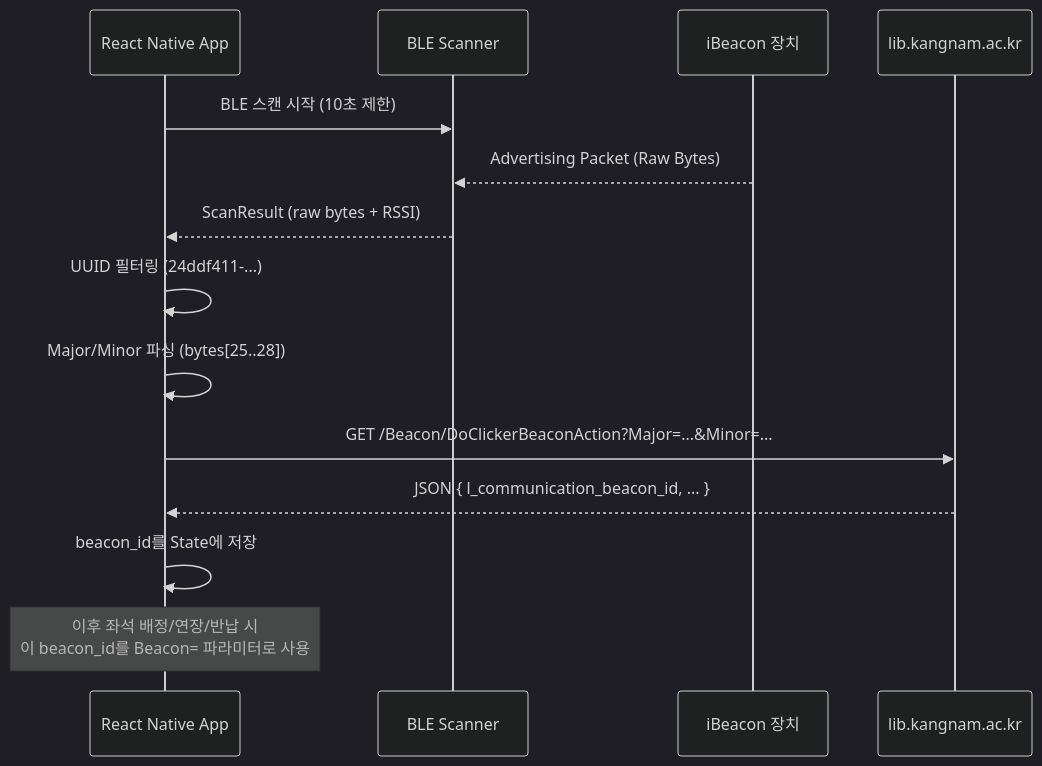
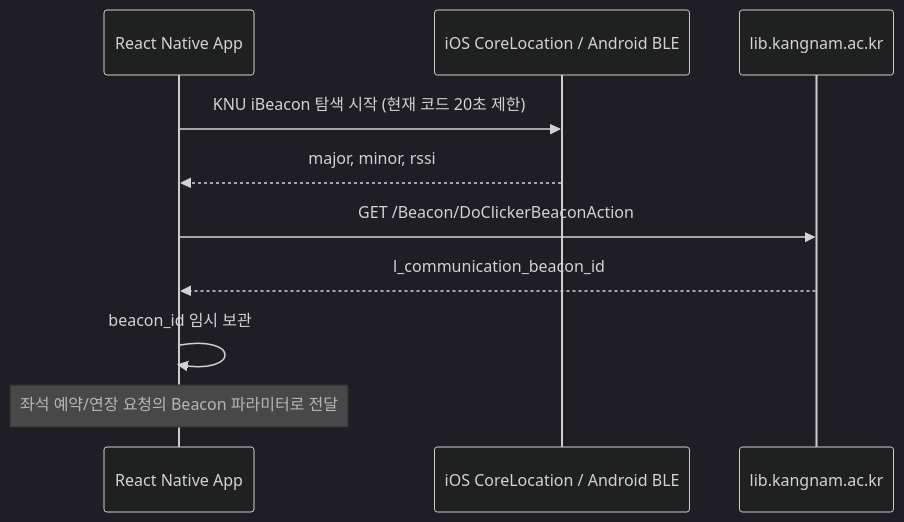
One commit to postmelee/knu_lib changed the diagram in .agents/beacon_analysis.md. Above: the diagram before and after it, drawn with Mermaid (dark theme). The commit also changed other lines of this file and 16 other files, not shown here.

````diff
--- a/.agents/beacon_analysis.md
+++ b/.agents/beacon_analysis.md
@@ -5,17 +7,13 @@
 ```mermaid
 sequenceDiagram
     participant App as React Native App
-    participant BLE as BLE Scanner
-    participant Beacon as iBeacon 장치
+    participant Native as iOS CoreLocation / Android BLE
     participant Server as lib.kangnam.ac.kr
 
-    App->>BLE: BLE 스캔 시작 (10초 제한)
-    Beacon-->>BLE: Advertising Packet (Raw Bytes)
-    BLE-->>App: ScanResult (raw bytes + RSSI)
-    App->>App: UUID 필터링 (24ddf411-...)
-    App->>App: Major/Minor 파싱 (bytes[25..28])
-    App->>Server: GET /Beacon/DoClickerBeaconAction?Major=...&Minor=...
-    Server-->>App: JSON { l_communication_beacon_id, ... }
-    App->>App: beacon_id를 State에 저장
-    Note over App: 이후 좌석 배정/연장/반납 시<br/>이 beacon_id를 Beacon= 파라미터로 사용
+    App->>Native: KNU iBeacon 탐색 시작 (현재 코드 20초 제한)
+    Native-->>App: major, minor, rssi
+    App->>Server: GET /Beacon/DoClickerBeaconAction
+    Server-->>App: l_communication_beacon_id
+    App->>App: beacon_id 임시 보관
+    Note over App: 좌석 예약/연장 요청의 Beacon 파라미터로 전달
 ```
````
